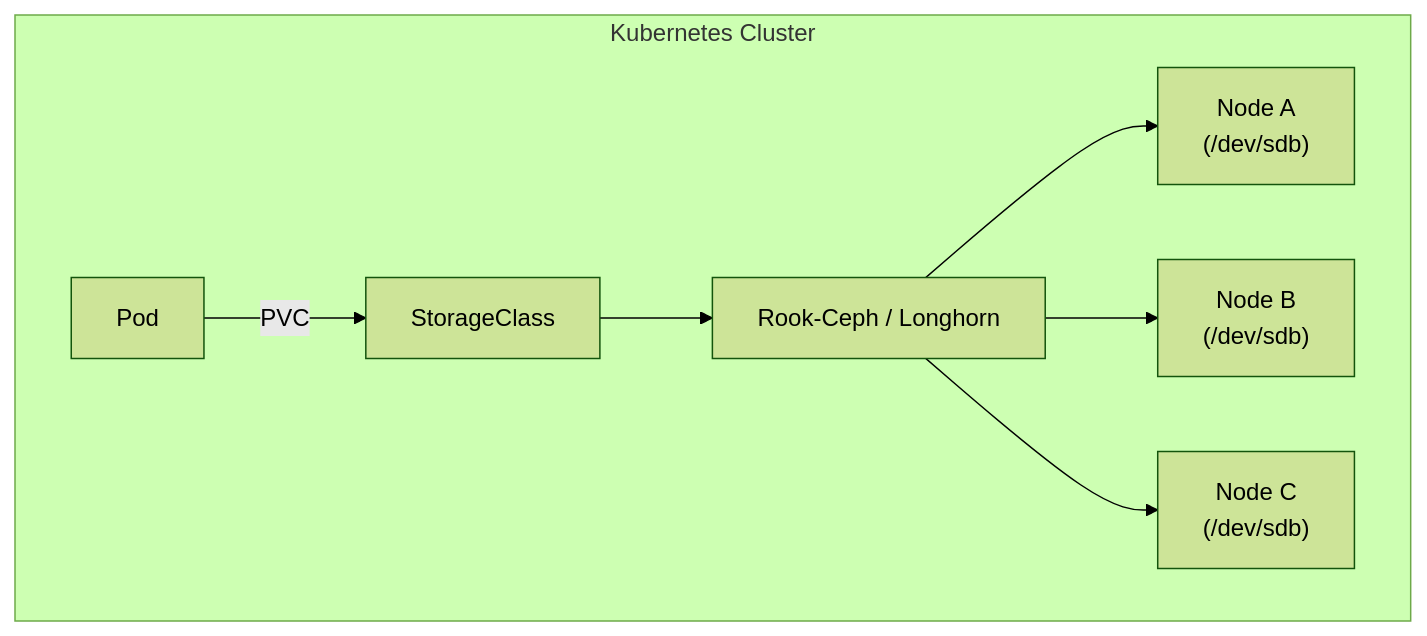
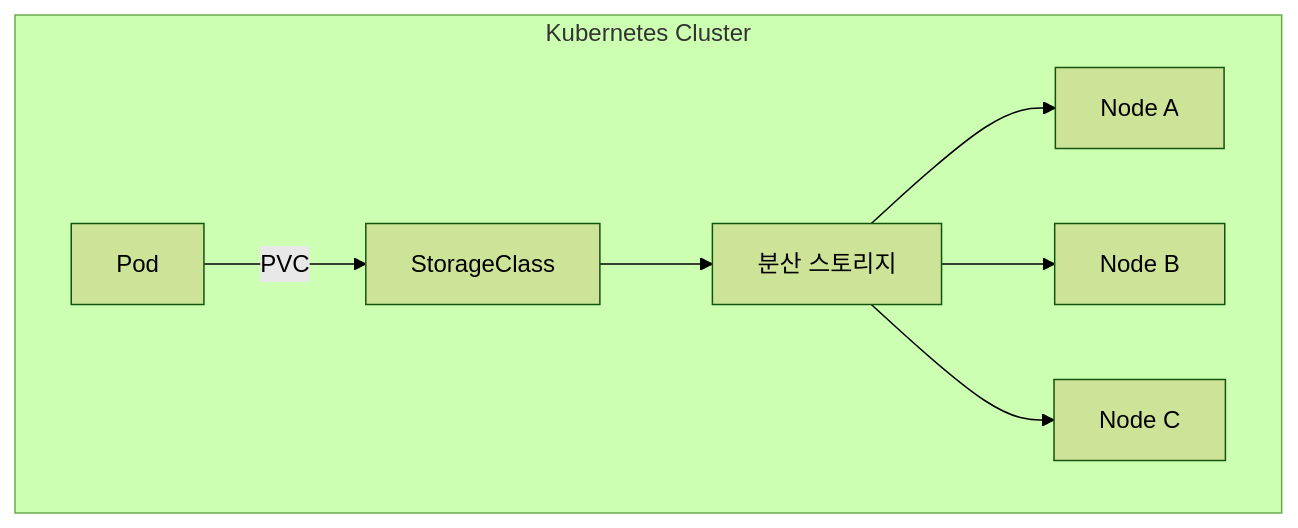
One commit to moonblueblue/devops-wiki changed the second of 2 diagrams in content/linux/filesystem-storage/raid.md. Above: the diagram before and after it, drawn with Mermaid (forest theme). The commit also changed other lines of this file and 37 other files, not shown here.

First line of the commit message:
style: linux 카테고리 ASCII 도표·Mermaid 라벨 형식 교정

````diff
--- a/content/linux/filesystem-storage/raid.md
+++ b/content/linux/filesystem-storage/raid.md
@@ -442,10 +440,10 @@
 ```mermaid
 graph TD
     subgraph cluster["Kubernetes Cluster"]
         Pod["Pod"] -- PVC --> SC["StorageClass"]
-        SC --> STORAGE["Rook-Ceph / Longhorn"]
-        STORAGE --> NA["Node A\n(/dev/sdb)"]
-        STORAGE --> NB["Node B\n(/dev/sdb)"]
-        STORAGE --> NC["Node C\n(/dev/sdb)"]
+        SC --> STORAGE["분산 스토리지"]
+        STORAGE --> NA["Node A"]
+        STORAGE --> NB["Node B"]
+        STORAGE --> NC["Node C"]
     end
 ```
````
